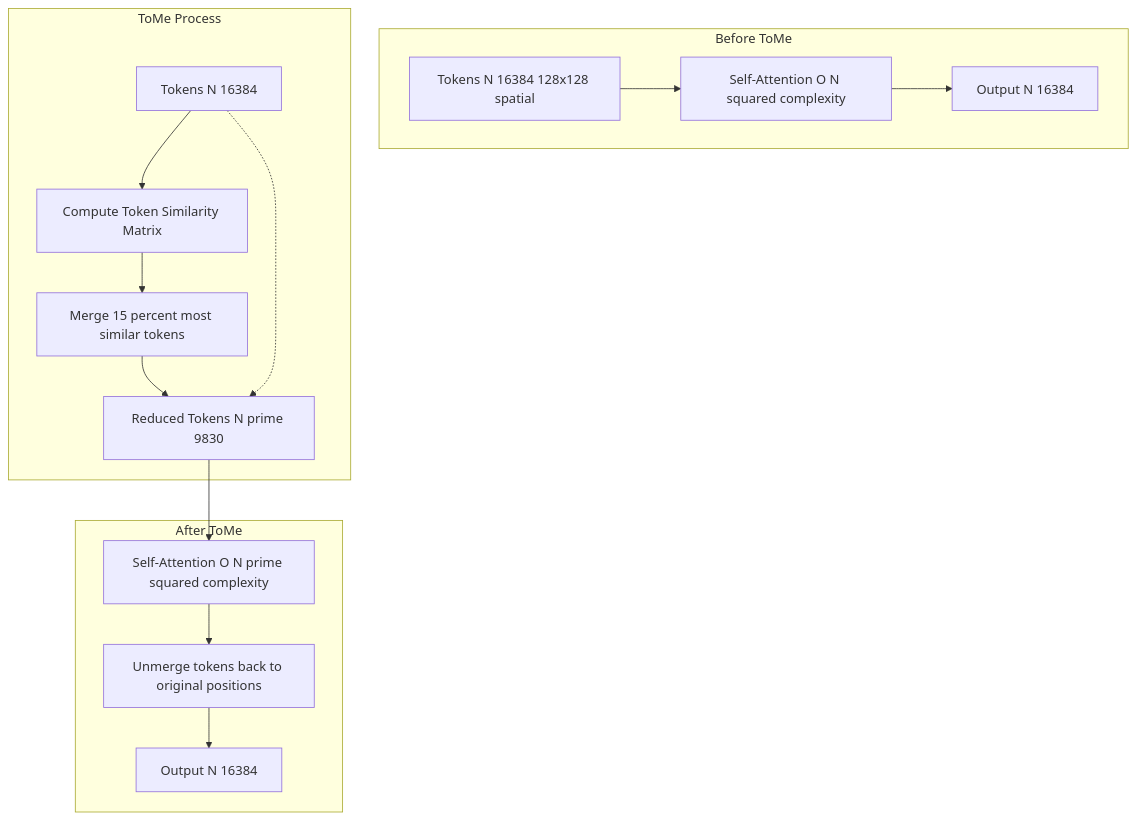
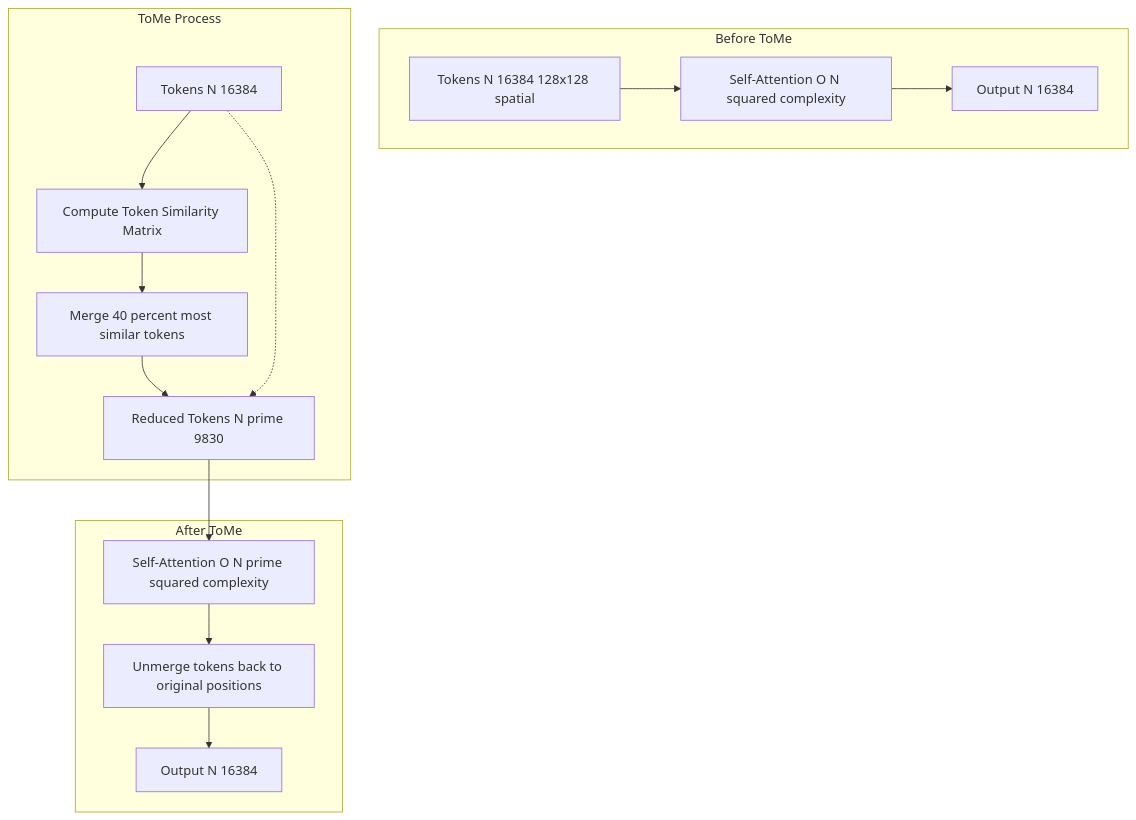
The ninth of 27 diagrams in Documentation.md (Abhyu-S/kortex-sdxl), drawn with Mermaid before and after one commit. The commit also changed other lines of this file, not shown here.

````diff
--- a/Documentation.md
+++ b/Documentation.md
@@ -513,21 +428,21 @@
 ```mermaid
 flowchart TD
     subgraph Before ToMe
         T1["Tokens N 16384 128x128 spatial"] --> Attn1[Self-Attention O N squared complexity]
         Attn1 --> Out1["Output N 16384"]
     end
     
     subgraph ToMe Process
         T2["Tokens N 16384"] --> Sim[Compute Token Similarity Matrix]
-        Sim --> Merge["Merge 15 percent most similar tokens"]
+        Sim --> Merge["Merge 40 percent most similar tokens"]
         Merge --> T3["Reduced Tokens N prime 9830"]
     end
     
     subgraph After ToMe
         T3 --> Attn2[Self-Attention O N prime squared complexity]
         Attn2 --> Unmerge[Unmerge tokens back to original positions]
         Unmerge --> Out2["Output N 16384"]
     end
     
     T2 -.-> T3
 ```
````
